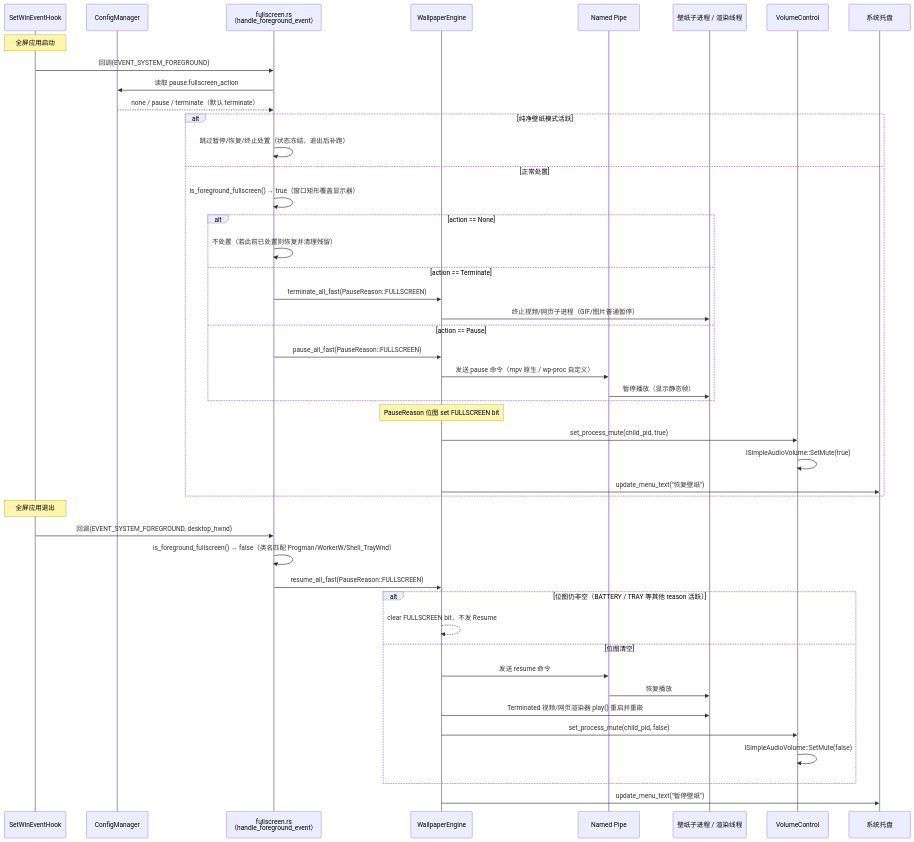
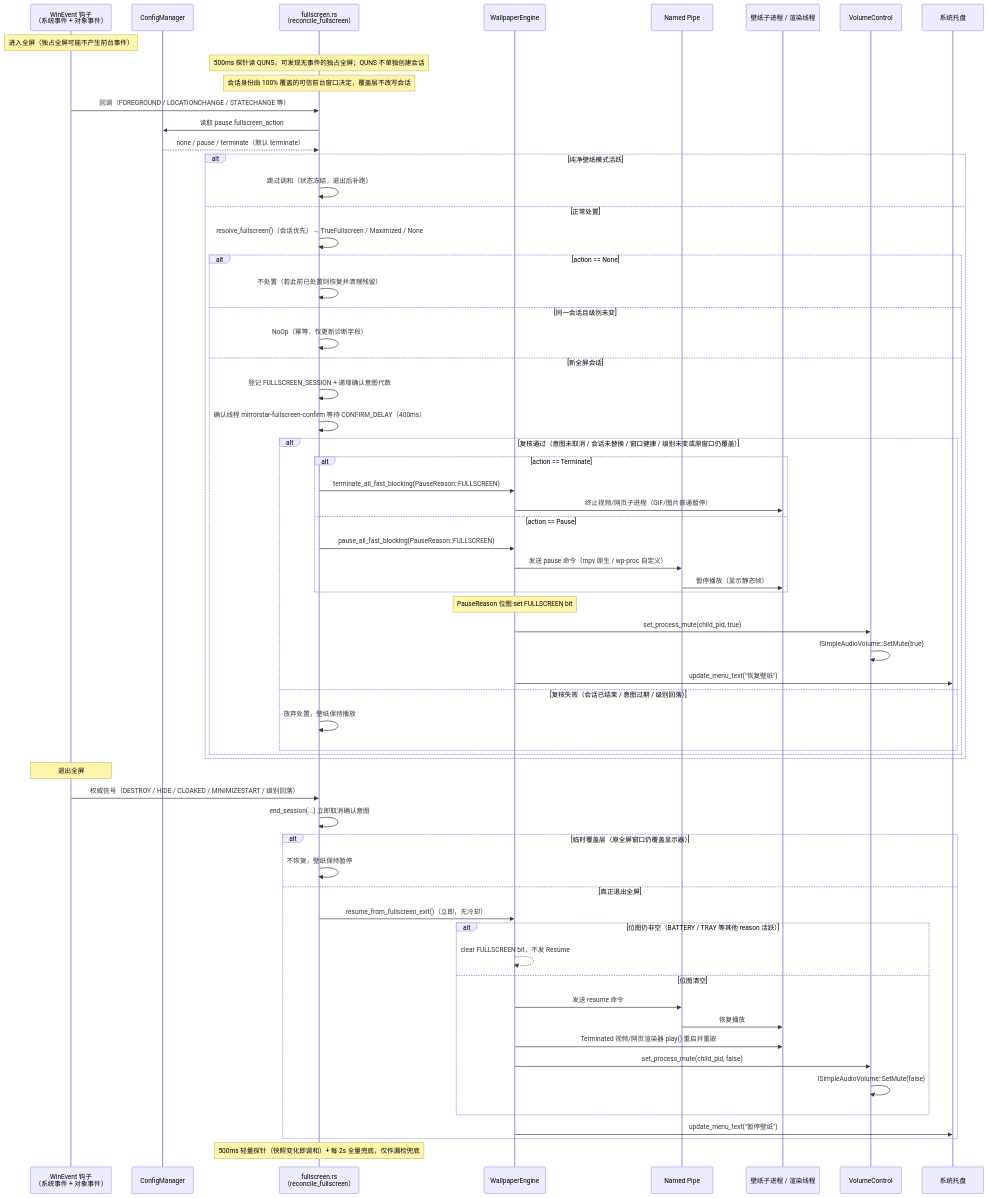
One commit to Wunseol/mirrorstar-wallpaper changed the diagram in docs/02-架构与技术栈/06-暂停恢复机制-Pause-Resume.md. Above: the diagram before and after it, drawn with Mermaid. The commit also changed other lines of this file and 21 other files, not shown here.

````diff
--- a/docs/02-架构与技术栈/06-暂停恢复机制-Pause-Resume.md
+++ b/docs/02-架构与技术栈/06-暂停恢复机制-Pause-Resume.md
@@ -482,55 +700,71 @@
 ```mermaid
 sequenceDiagram
-    participant Hook as SetWinEventHook
+    participant WEv as WinEvent 钩子<br/>（系统事件 + 对象事件）
     participant Cfg as ConfigManager
-    participant Lib as fullscreen.rs<br/>（handle_foreground_event）
+    participant Lib as fullscreen.rs<br/>（reconcile_fullscreen）
     participant Engine as WallpaperEngine
     participant IPC as Named Pipe
     participant Child as 壁纸子进程 / 渲染线程
     participant Audio as VolumeControl
     participant Tray as 系统托盘
 
-    Note over Hook: 全屏应用启动
+    Note over WEv: 进入全屏（独占全屏可能不产生前台事件）
+    Note over Lib: 500ms 探针读 QUNS，可发现无事件的独占全屏；QUNS 不单独创建会话
+    Note over Lib: 会话身份由 100% 覆盖的可信前台窗口决定，覆盖层不改写会话
 
-    Hook->>Lib: 回调(EVENT_SYSTEM_FOREGROUND)
+    WEv->>Lib: 回调（FOREGROUND / LOCATIONCHANGE / STATECHANGE 等）
     Lib->>Cfg: 读取 pause.fullscreen_action
     Cfg-->>Lib: none / pause / terminate（默认 terminate）
 
     alt 纯净壁纸模式活跃
-        Lib->>Lib: 跳过暂停/恢复/终止处置（状态冻结，退出后补跑）
+        Lib->>Lib: 跳过调和（状态冻结，退出后补跑）
     else 正常处置
-        Lib->>Lib: is_foreground_fullscreen() → true（窗口矩形覆盖显示器）
+        Lib->>Lib: resolve_fullscreen()（会话优先）→ TrueFullscreen / Maximized / None
         alt action == None
             Lib->>Lib: 不处置（若此前已处置则恢复并清理残留）
-        else action == Terminate
-            Lib->>Engine: terminate_all_fast(PauseReason::FULLSCREEN)
-            Engine->>Child: 终止视频/网页子进程（GIF/图片普通暂停）
-        else action == Pause
-            Lib->>Engine: pause_all_fast(PauseReason::FULLSCREEN)
-            Engine->>IPC: 发送 pause 命令（mpv 原生 / wp-proc 自定义）
-            IPC->>Child: 暂停播放（显示静态帧）
+        else 同一会话且级别未变
+            Lib->>Lib: NoOp（幂等，仅更新诊断字段）
+        else 新全屏会话
+            Lib->>Lib: 登记 FULLSCREEN_SESSION + 递增确认意图代数
+            Lib->>Lib: 确认线程 mirrorstar-fullscreen-confirm 等待 CONFIRM_DELAY（400ms）
+            alt 复核通过（意图未取消 / 会话未替换 / 窗口健康 / 级别未变或原窗口仍覆盖）
+                alt action == Terminate
+                    Lib->>Engine: terminate_all_fast_blocking(PauseReason::FULLSCREEN)
+                    Engine->>Child: 终止视频/网页子进程（GIF/图片普通暂停）
+                else action == Pause
+                    Lib->>Engine: pause_all_fast_blocking(PauseReason::FULLSCREEN)
+                    Engine->>IPC: 发送 pause 命令（mpv 原生 / wp-proc 自定义）
+                    IPC->>Child: 暂停播放（显示静态帧）
+                end
+                Note over Engine: PauseReason 位图 set FULLSCREEN bit
+                Engine->>Audio: set_process_mute(child_pid, true)
+                Audio->>Audio: ISimpleAudioVolume::SetMute(true)
+                Engine->>Tray: update_menu_text("恢复壁纸")
+            else 复核失败（会话已结束 / 意图过期 / 级别回落）
+                Lib->>Lib: 放弃处置，壁纸保持播放
+            end
         end
-        Note over Engine: PauseReason 位图 set FULLSCREEN bit
-        Engine->>Audio: set_process_mute(child_pid, true)
-        Audio->>Audio: ISimpleAudioVolume::SetMute(true)
-        Engine->>Tray: update_menu_text("恢复壁纸")
     end
 
-    Note over Hook: 全屏应用退出
+    Note over WEv: 退出全屏
 
-    Hook->>Lib: 回调(EVENT_SYSTEM_FOREGROUND, desktop_hwnd)
-    Lib->>Lib: is_foreground_fullscreen() → false（类名匹配 Progman/WorkerW/Shell_TrayWnd）
-    Lib->>Engine: resume_all_fast(PauseReason::FULLSCREEN)
-
-    alt 位图仍非空（BATTERY / TRAY 等其他 reason 活跃）
-        Engine-->>Engine: clear FULLSCREEN bit，不发 Resume
-    else 位图清空
-        Engine->>IPC: 发送 resume 命令
-        IPC->>Child: 恢复播放
-        Engine->>Child: Terminated 视频/网页渲染器 play() 重启并重嵌
-        Engine->>Audio: set_process_mute(child_pid, false)
-        Audio->>Audio: ISimpleAudioVolume::SetMute(false)
+    WEv->>Lib: 权威信号（DESTROY / HIDE / CLOAKED / MINIMIZESTART / 级别回落）
+    Lib->>Lib: end_session(...) 立即取消确认意图
+    alt 临时覆盖层（原全屏窗口仍覆盖显示器）
+        Lib->>Lib: 不恢复，壁纸保持暂停
+    else 真正退出全屏
+        Lib->>Engine: resume_from_fullscreen_exit()（立即，无冷却）
+        alt 位图仍非空（BATTERY / TRAY 等其他 reason 活跃）
+            Engine-->>Engine: clear FULLSCREEN bit，不发 Resume
+        else 位图清空
+            Engine->>IPC: 发送 resume 命令
+            IPC->>Child: 恢复播放
+            Engine->>Child: Terminated 视频/网页渲染器 play() 重启并重嵌
+            Engine->>Audio: set_process_mute(child_pid, false)
+            Audio->>Audio: ISimpleAudioVolume::SetMute(false)
+        end
+        Engine->>Tray: update_menu_text("暂停壁纸")
     end
 
-    Engine->>Tray: update_menu_text("暂停壁纸")
+    Note over Lib: 500ms 轻量探针（快照变化即调和）+ 每 2s 全量兜底，仅作漏检兜底
 ```
````
